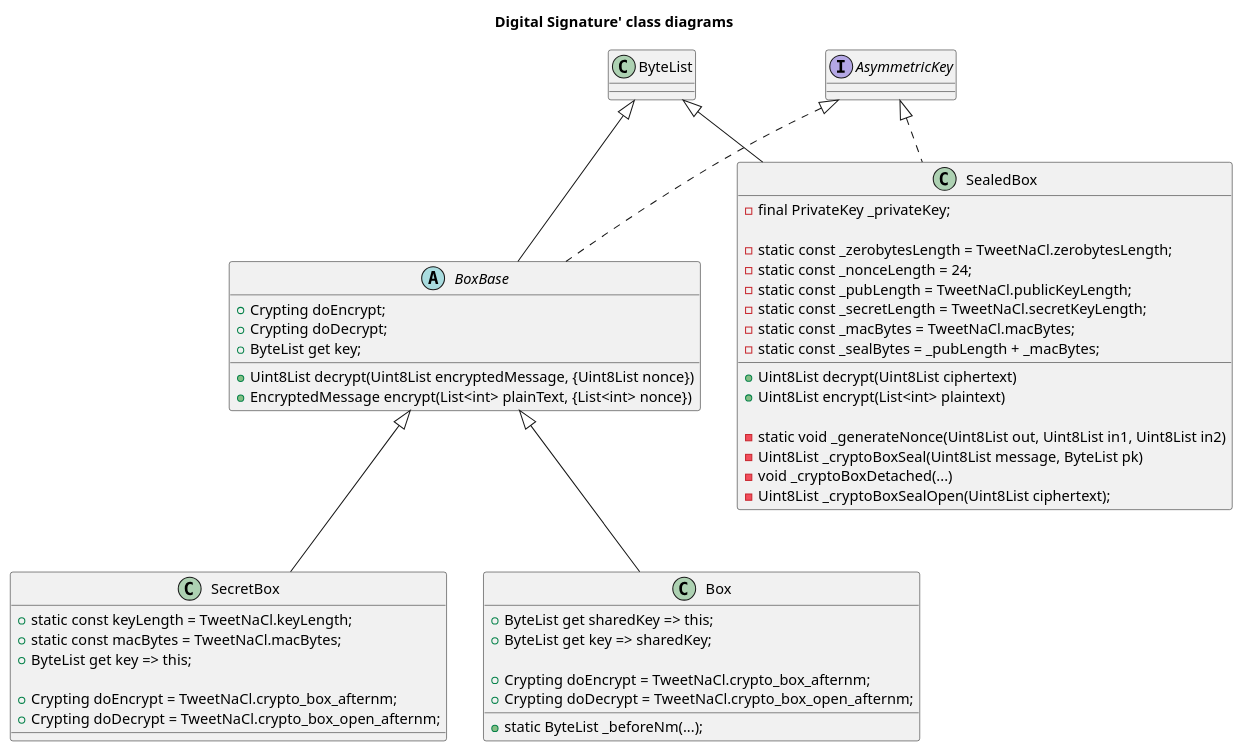
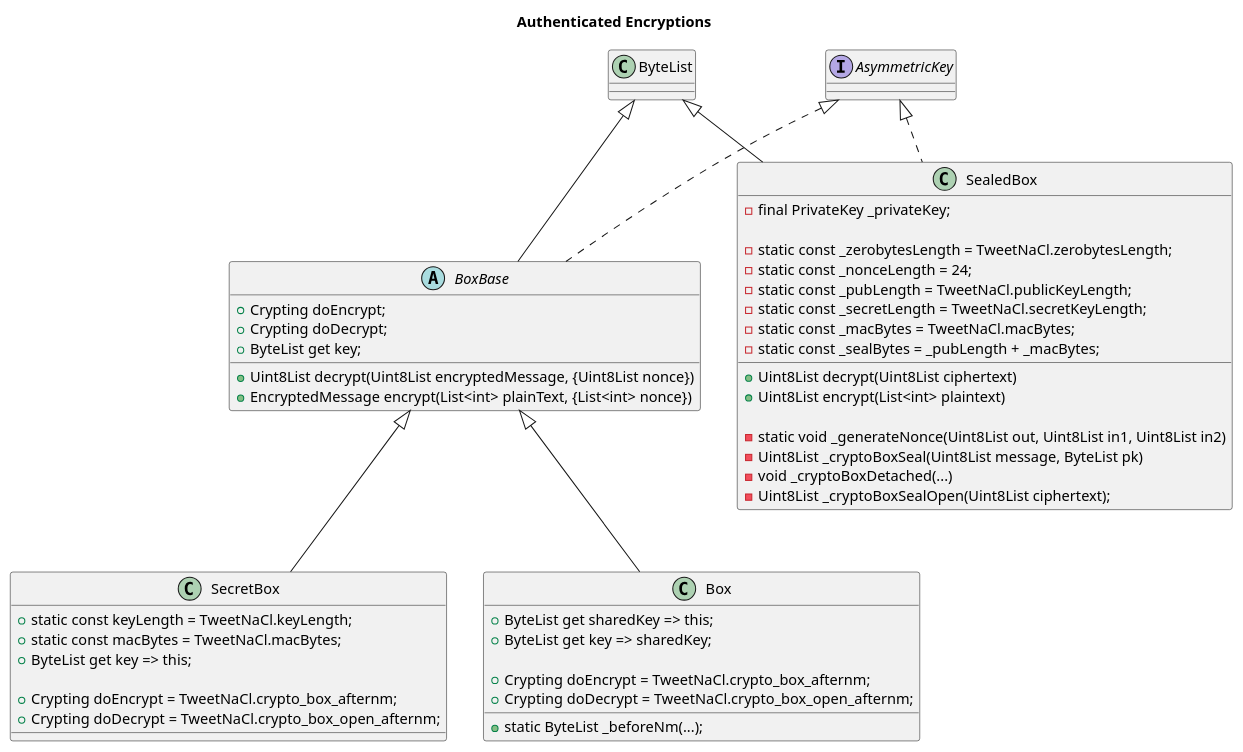
Before and after one commit to ilap/pinenacl-dart: the diagram in doc/boxes.wsd, drawn with PlantUML.

```diff
--- a/doc/boxes.wsd
+++ b/doc/boxes.wsd
@@ -1,52 +1,52 @@
 @startuml
 
-title Digital Signature' class diagrams
+title Authenticated Encryptions
 
 abstract class BoxBase extends ByteList implements AsymmetricKey {
   + Crypting doEncrypt;
   + Crypting doDecrypt;
   + ByteList get key;
 
   + Uint8List decrypt(Uint8List encryptedMessage, {Uint8List nonce})
   + EncryptedMessage encrypt(List<int> plainText, {List<int> nonce})
 }
 
 class SecretBox extends BoxBase {
   + static const keyLength = TweetNaCl.keyLength;
   + static const macBytes = TweetNaCl.macBytes;
   + ByteList get key => this;
 
   + Crypting doEncrypt = TweetNaCl.crypto_box_afternm;
   + Crypting doDecrypt = TweetNaCl.crypto_box_open_afternm;
 }
 
 class Box extends BoxBase {
   + ByteList get sharedKey => this;
   + ByteList get key => sharedKey;
 
   + Crypting doEncrypt = TweetNaCl.crypto_box_afternm;
   + Crypting doDecrypt = TweetNaCl.crypto_box_open_afternm;
 
   + static ByteList _beforeNm(...);
 }
 
 class SealedBox extends ByteList implements AsymmetricKey {
   - final PrivateKey _privateKey;
 
   - static const _zerobytesLength = TweetNaCl.zerobytesLength;
   - static const _nonceLength = 24;
   - static const _pubLength = TweetNaCl.publicKeyLength;
   - static const _secretLength = TweetNaCl.secretKeyLength;
   - static const _macBytes = TweetNaCl.macBytes;
   - static const _sealBytes = _pubLength + _macBytes;
 
   + Uint8List decrypt(Uint8List ciphertext)
   + Uint8List encrypt(List<int> plaintext)
 
   - static void _generateNonce(Uint8List out, Uint8List in1, Uint8List in2)
   - Uint8List _cryptoBoxSeal(Uint8List message, ByteList pk)
   - void _cryptoBoxDetached(...)
   - Uint8List _cryptoBoxSealOpen(Uint8List ciphertext);
 }
 
 @enduml
```
